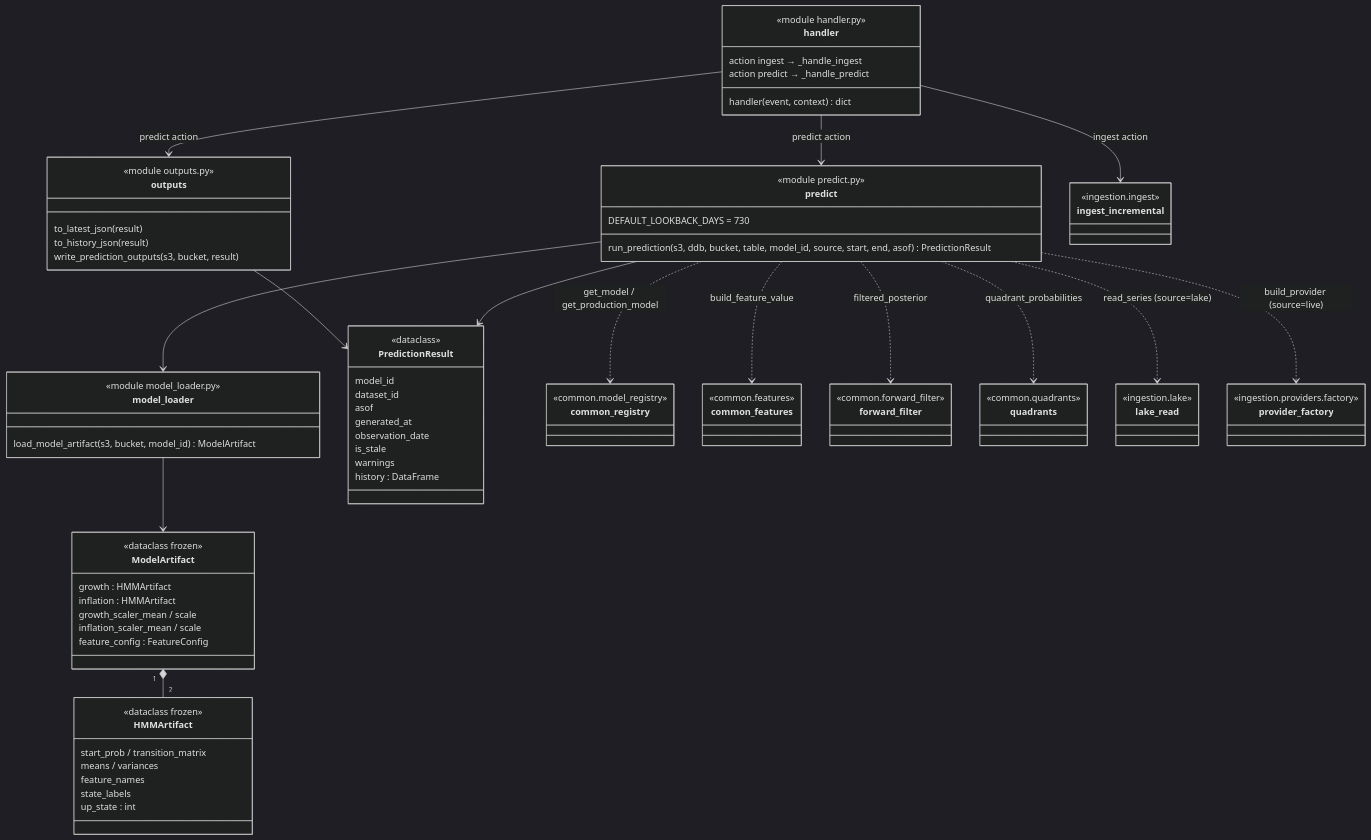
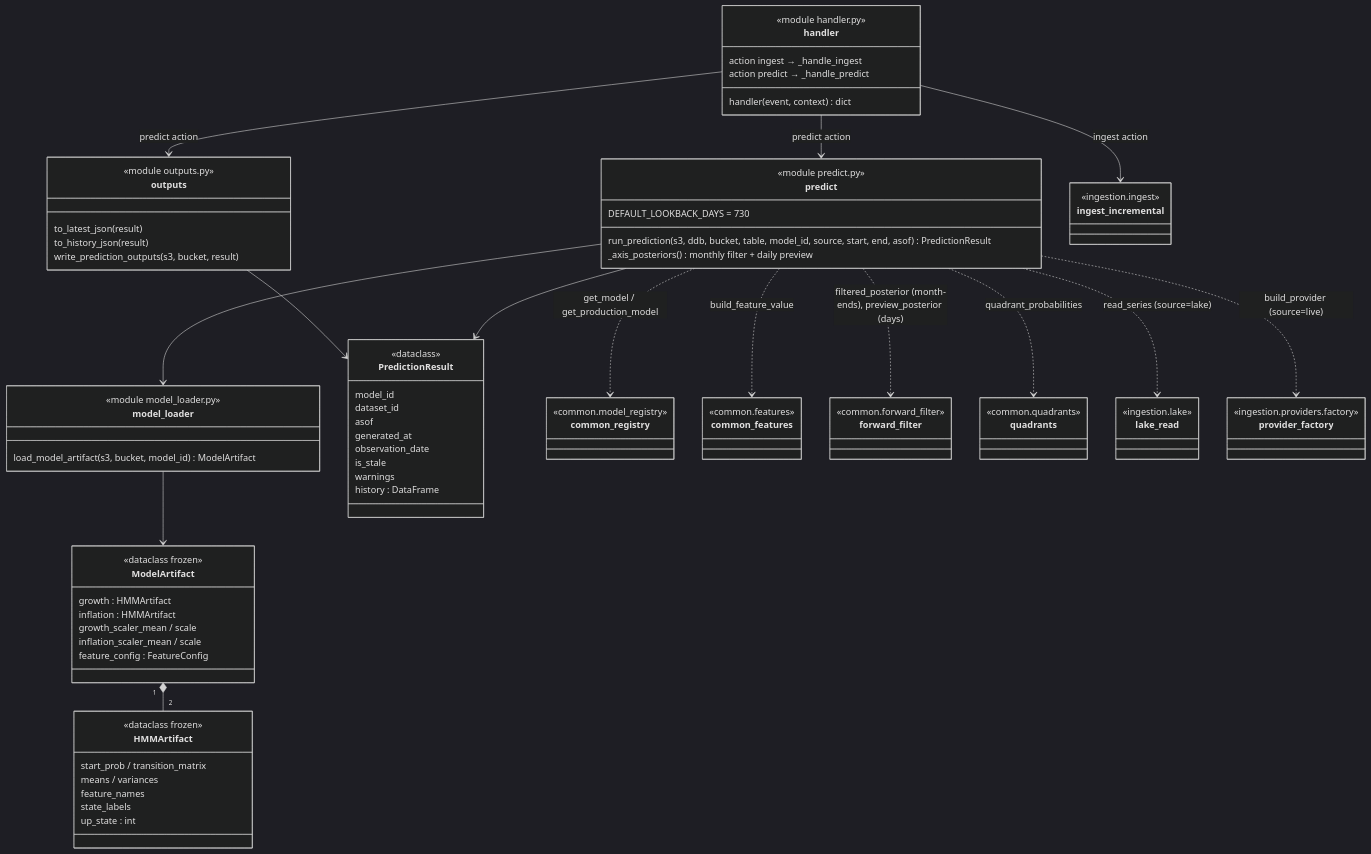
One commit to jyjulianwong/Market-Regime-Detector changed the fifth of 10 diagrams in ARCHITECTURE.md. Above: the diagram before and after it, drawn with Mermaid (dark theme). The commit also changed other lines of this file, not shown here.

First line of the commit message:
Update ARCHITECTURE.md for evaluation harness and monthly-consistent daily inference

```diff
--- a/ARCHITECTURE.md
+++ b/ARCHITECTURE.md
@@ -441,6 +488,7 @@
         <<module predict.py>>
         DEFAULT_LOOKBACK_DAYS = 730
         run_prediction(s3, ddb, bucket, table, model_id, source, start, end, asof) PredictionResult
+        _axis_posteriors() monthly filter + daily preview
     }
     class outputs {
         <<module outputs.py>>
@@ -458,7 +506,7 @@
     ModelArtifact "1" *-- "2" HMMArtifact
     predict ..> common_registry : get_model / get_production_model
     predict ..> common_features : build_feature_value
-    predict ..> forward_filter : filtered_posterior
+    predict ..> forward_filter : filtered_posterior (month-ends), preview_posterior (days)
     predict ..> quadrants : quadrant_probabilities
     predict ..> lake_read : read_series (source=lake)
     predict ..> provider_factory : build_provider (source=live)
```
